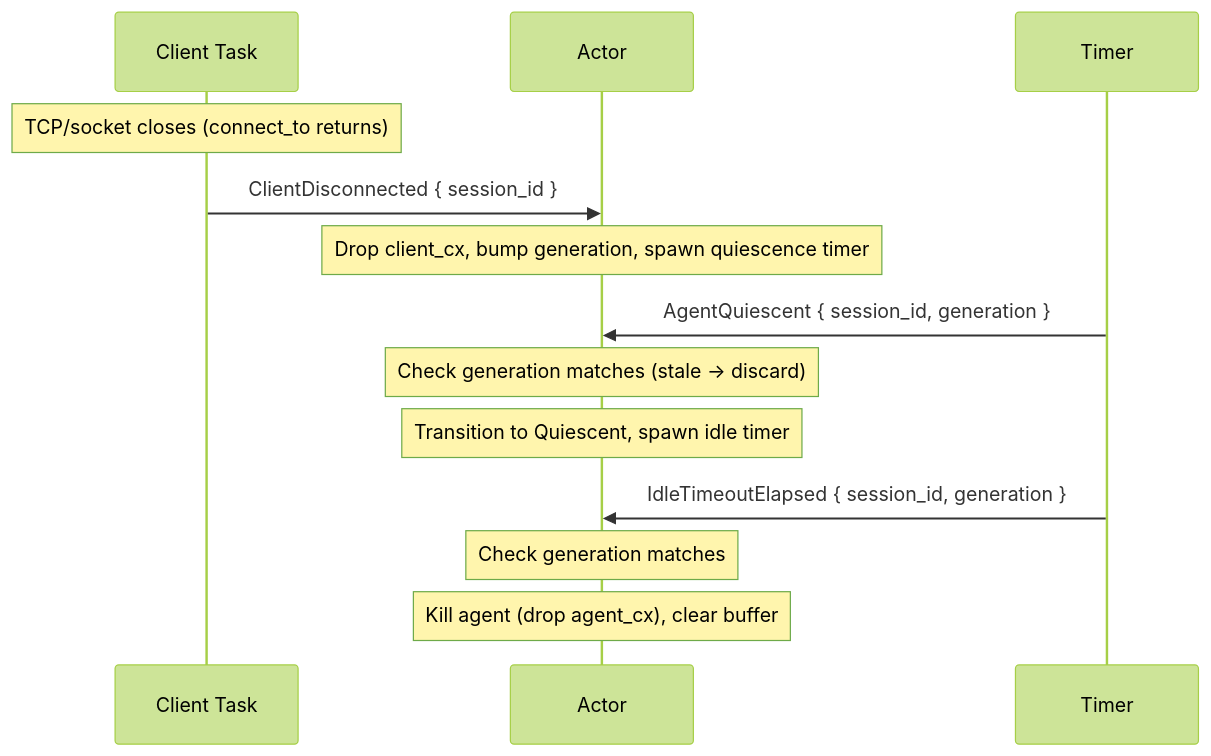
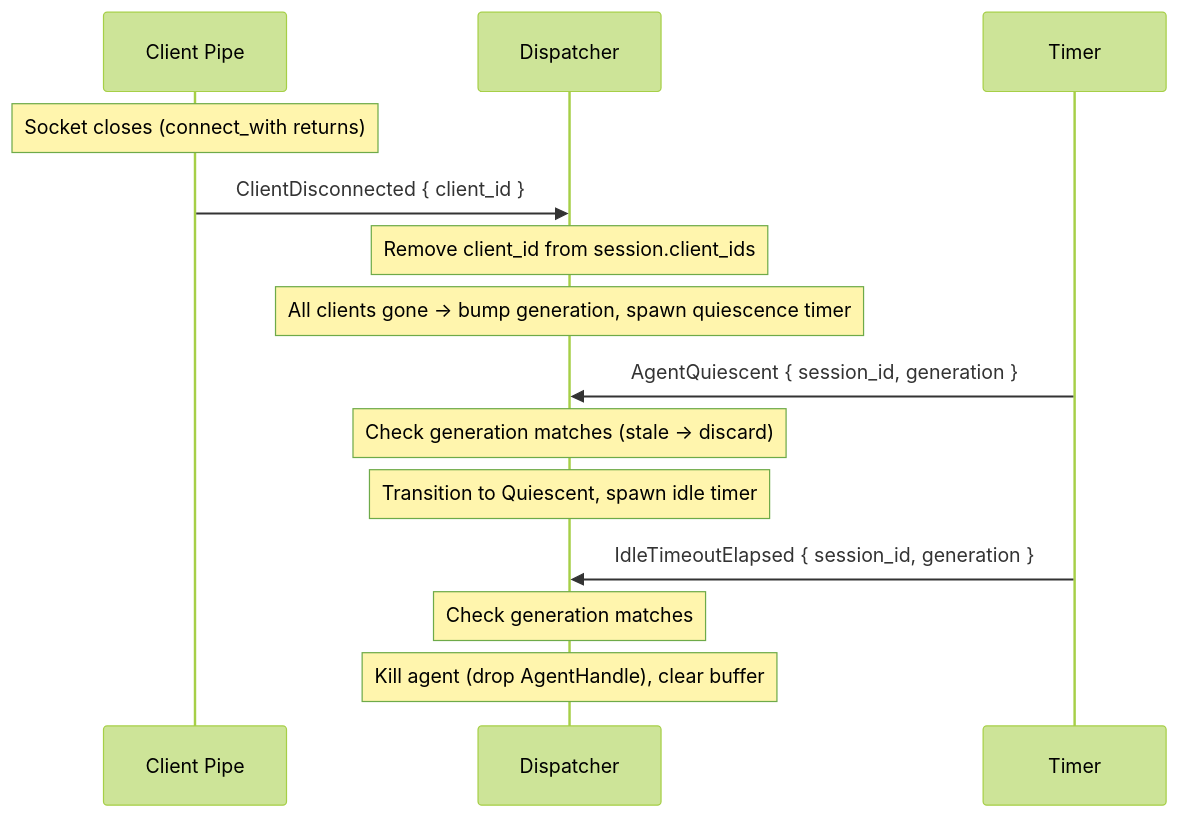
Before and after one commit to sparkle-ai-space/jamsession: the diagram in md/design/flow-idle-spindown.md, drawn with Mermaid (forest theme). The commit also changed other lines of this file and 9 other files, not shown here.

````diff
--- a/md/design/flow-idle-spindown.md
+++ b/md/design/flow-idle-spindown.md
@@ -5,18 +5,19 @@
 ```mermaid
 sequenceDiagram
-    participant CT as Client Task
-    participant A as Actor
+    participant CP as Client Pipe
+    participant D as Dispatcher
     participant T as Timer
 
-    Note over CT: TCP/socket closes (connect_to returns)
-    CT->>A: ClientDisconnected { session_id }
-    Note over A: Drop client_cx, bump generation, spawn quiescence timer
+    Note over CP: Socket closes (connect_with returns)
+    CP->>D: ClientDisconnected { client_id }
+    Note over D: Remove client_id from session.client_ids
+    Note over D: All clients gone → bump generation, spawn quiescence timer
 
-    T->>A: AgentQuiescent { session_id, generation }
-    Note over A: Check generation matches (stale → discard)
-    Note over A: Transition to Quiescent, spawn idle timer
+    T->>D: AgentQuiescent { session_id, generation }
+    Note over D: Check generation matches (stale → discard)
+    Note over D: Transition to Quiescent, spawn idle timer
 
-    T->>A: IdleTimeoutElapsed { session_id, generation }
-    Note over A: Check generation matches
-    Note over A: Kill agent (drop agent_cx), clear buffer
+    T->>D: IdleTimeoutElapsed { session_id, generation }
+    Note over D: Check generation matches
+    Note over D: Kill agent (drop AgentHandle), clear buffer
 ```
````
